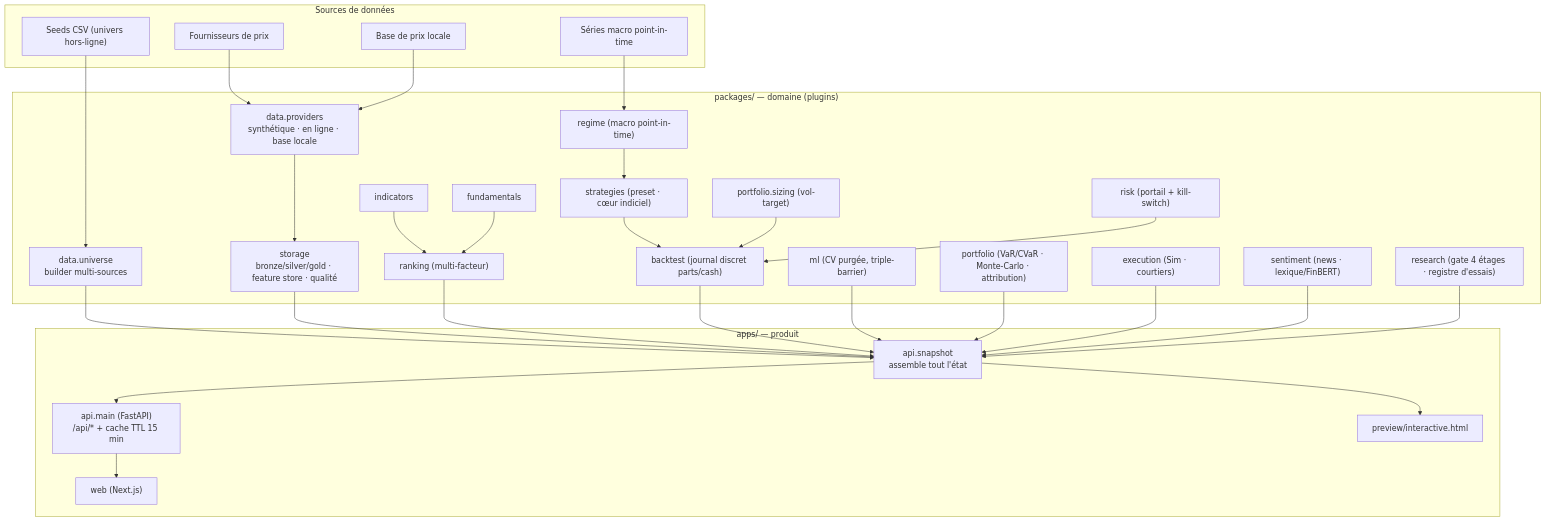
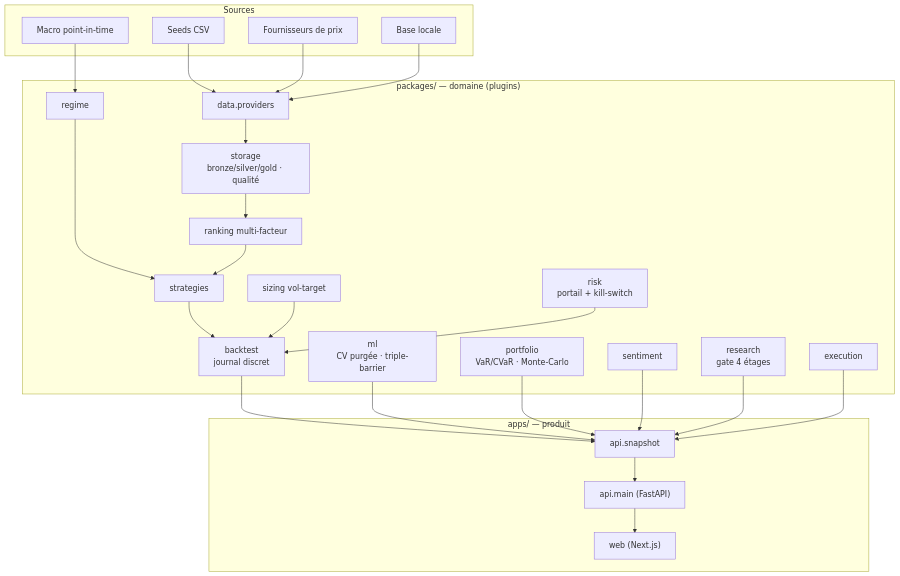
The diagram in README.md (7noctis7/Screening-Trading), drawn with Mermaid before and after one commit. The commit also changed other lines of this file, not shown here.

````diff
--- a/README.md
+++ b/README.md
@@ -66,31 +131,22 @@
 ```mermaid
 flowchart TD
-  subgraph SRC["Sources de données"]
-    SEED["Seeds CSV (univers hors-ligne)"]; YF["Fournisseurs de prix"]
-    LOCAL["Base de prix locale"]; MACRO["Séries macro point-in-time"]
+  subgraph SRC["Sources"]
+    SEED["Seeds CSV"]; YF["Fournisseurs de prix"]
+    LOCAL["Base locale"]; MACRO["Macro point-in-time"]
   end
   subgraph CORE["packages/ — domaine (plugins)"]
-    UNIV["data.universe<br/>builder multi-sources"]
-    PROV["data.providers<br/>synthétique · en ligne · base locale"]
-    STORE["storage<br/>bronze/silver/gold · feature store · qualité"]
-    IND["indicators"]; FUND["fundamentals"]; RANK["ranking (multi-facteur)"]
-    REG["regime (macro point-in-time)"]; STRAT["strategies (preset · cœur indiciel)"]
-    SIZE["portfolio.sizing (vol-target)"]; RISK["risk (portail + kill-switch)"]
-    BT["backtest (journal discret parts/cash)"]; EXEC["execution (Sim · courtiers)"]
-    ML["ml (CV purgée, triple-barrier)"]; PORT["portfolio (VaR/CVaR · Monte-Carlo · attribution)"]
-    SENT["sentiment (news · lexique/FinBERT)"]; RES["research (gate 4 étages · registre d'essais)"]
+    PROV["data.providers"]; STORE["storage<br/>bronze/silver/gold · qualité"]
+    RANK["ranking multi-facteur"]; REG["regime"]; STRAT["strategies"]
+    SIZE["sizing vol-target"]; RISK["risk<br/>portail + kill-switch"]
+    BT["backtest<br/>journal discret"]; EXEC["execution"]
+    ML["ml<br/>CV purgée · triple-barrier"]; PORT["portfolio<br/>VaR/CVaR · Monte-Carlo"]
+    SENT["sentiment"]; RES["research<br/>gate 4 étages"]
   end
   subgraph APP["apps/ — produit"]
-    SNAP["api.snapshot<br/>assemble tout l'état"]
-    API["api.main (FastAPI)<br/>/api/* + cache TTL 15 min"]
-    WEB["web (Next.js)"]; PREV["preview/interactive.html"]
+    SNAP["api.snapshot"]; API["api.main (FastAPI)"]; WEB["web (Next.js)"]
   end
-  SEED --> UNIV; YF --> PROV; LOCAL --> PROV; MACRO --> REG
-  UNIV --> SNAP; PROV --> STORE --> SNAP
-  IND & FUND --> RANK --> SNAP
-  REG --> STRAT --> BT --> SNAP
-  SIZE & RISK --> BT
-  ML --> SNAP; PORT --> SNAP; EXEC --> SNAP; SENT --> SNAP; RES --> SNAP
-  SNAP --> API --> WEB
-  SNAP --> PREV
+  SEED & YF & LOCAL --> PROV --> STORE --> RANK
+  MACRO --> REG --> STRAT --> BT
+  RANK --> STRAT; SIZE & RISK --> BT
+  BT & ML & PORT & SENT & RES & EXEC --> SNAP --> API --> WEB
 ```
````
